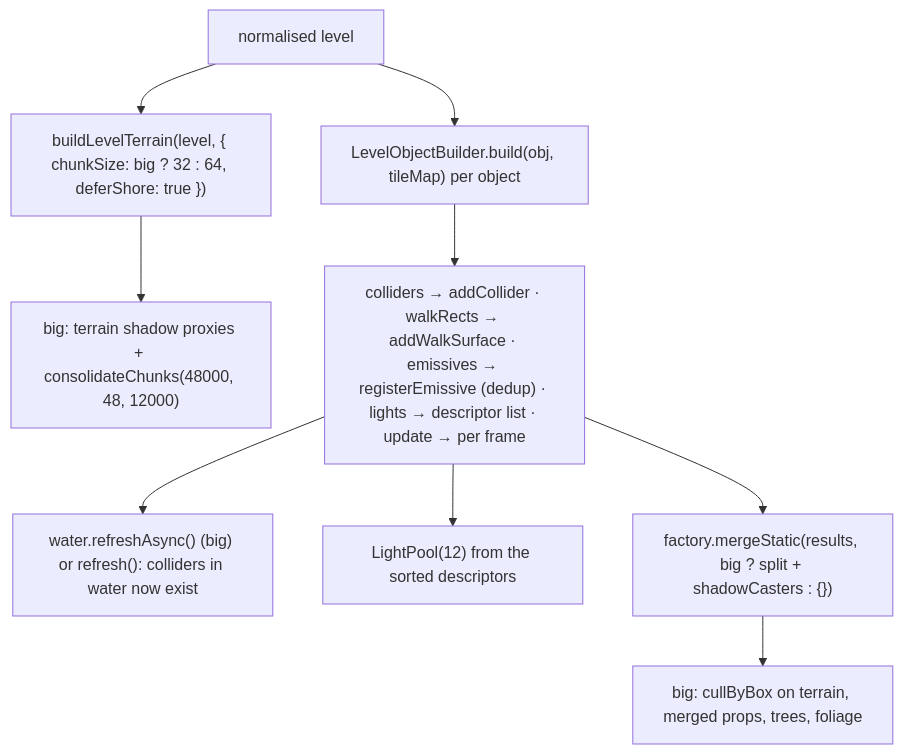
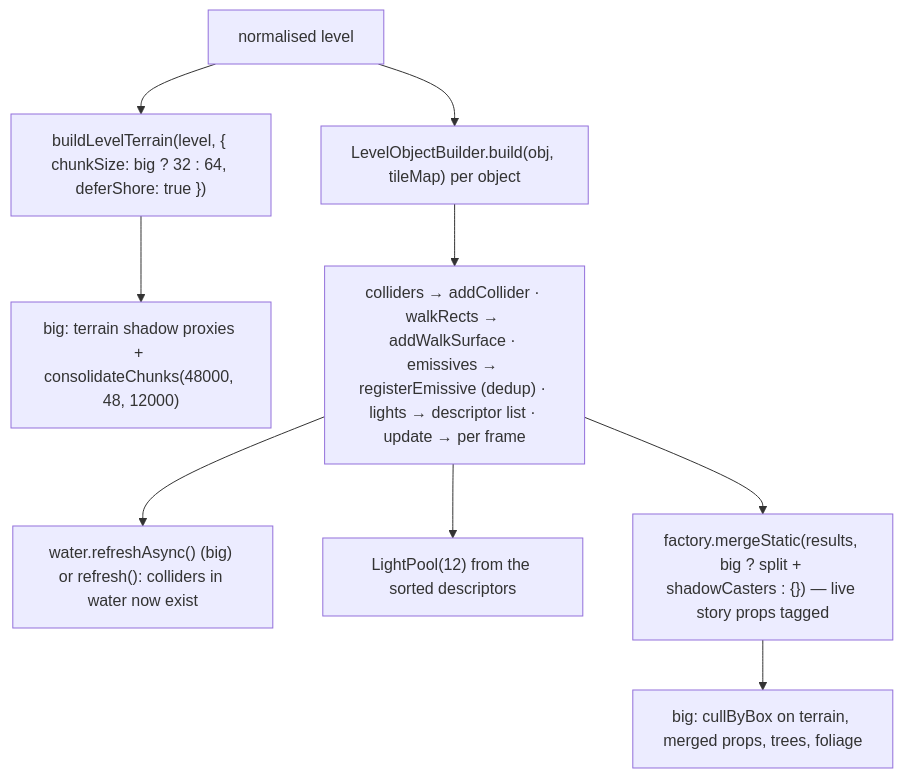
One commit to Leemonztuff/SoulDolls-Lumina changed the third of 3 diagrams in docs/architecture/modules/world.md. Above: the diagram before and after it, drawn with Mermaid. The commit also changed other lines of this file and 586 other files, not shown here.

````diff
--- a/docs/architecture/modules/world.md
+++ b/docs/architecture/modules/world.md
@@ -386,11 +414,11 @@
 ```mermaid
 flowchart TB
   L["normalised level"] --> T["buildLevelTerrain(level, { chunkSize: big ? 32 : 64, deferShore: true })"]
   T --> TC["big: terrain shadow proxies + consolidateChunks(48000, 48, 12000)"]
   L --> P["LevelObjectBuilder.build(obj, tileMap) per object"]
   P --> Wire["colliders → addCollider · walkRects → addWalkSurface · emissives → registerEmissive (dedup) · lights → descriptor list · update → per frame"]
   Wire --> Shore["water.refreshAsync() (big) or refresh(): colliders in water now exist"]
   Wire --> Pool["LightPool(12) from the sorted descriptors"]
-  Wire --> M["factory.mergeStatic(results, big ? split + shadowCasters : {})"]
+  Wire --> M["factory.mergeStatic(results, big ? split + shadowCasters : {}) — live story props tagged"]
   M --> C["big: cullByBox on terrain, merged props, trees, foliage"]
 ```
````
